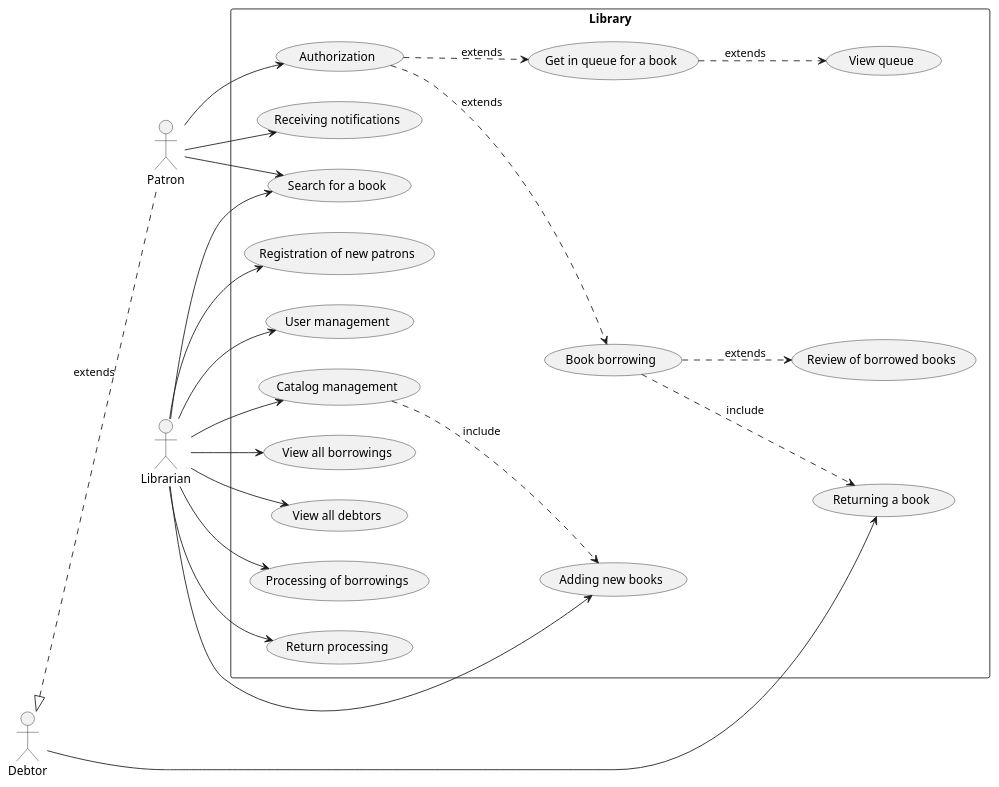
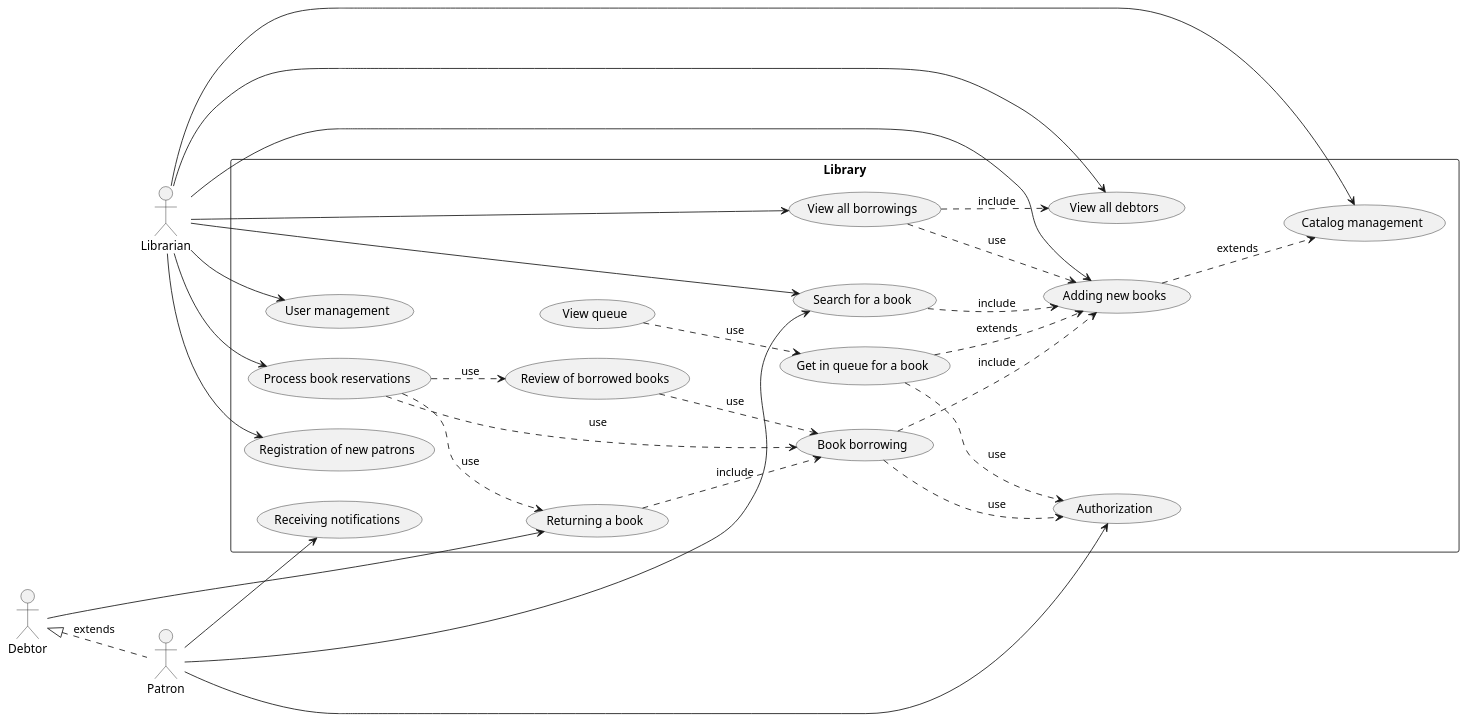
The diagram in cpe/lab2/plantuml.puml (Shizulka/library-database), drawn with PlantUML before and after one commit.

Commit message:
Refactor UML diagram for library system interactions

```diff
--- a/cpe/lab2/plantuml.puml
+++ b/cpe/lab2/plantuml.puml
@@ -1,55 +1,67 @@
 @startuml
 left to right direction
 
 :Patron:
 :Debtor:
 :Librarian:
 
 :Debtor:<|..:Patron:: extends
 
 rectangle Library {
 (Authorization)
 (Returning a book)
 (Book borrowing)
 (Review of borrowed books)
 (Get in queue for a book)
 (View queue)
 (Receiving notifications)
 
 (Search for a book)
 
 (Registration of new patrons)
 (User management)
 (Adding new books)
 (Catalog management)
 (View all borrowings)
 (View all debtors)
-(Processing of borrowings)
-(Return processing)
+(Process book reservations)
 
 :Debtor:-->(Returning a book)
 
 :Patron:-->(Authorization)
 :Patron:-->(Receiving notifications)
 :Patron:-->(Search for a book)
 
 :Librarian:-->(Search for a book)
 :Librarian:-->(Registration of new patrons)
 :Librarian:-->(User management)
 :Librarian:-->(Adding new books)
 :Librarian:-->(Catalog management)
 :Librarian:-->(View all borrowings)
 :Librarian:-->(View all debtors)
-:Librarian:-->(Processing of borrowings)
-:Librarian:-->(Return processing)
+:Librarian:-->(Process book reservations)
 
-(Authorization)..>(Book borrowing) : extends
-(Authorization)..>(Get in queue for a book) : extends
-(Book borrowing)..>(Review of borrowed books) : extends
-(Book borrowing)..>(Returning a book) : include
-(Get in queue for a book)..>(View queue) : extends
 
-(Catalog management)..>(Adding new books) : include
+(Book borrowing)..>(Authorization) :use
+(Get in queue for a book)..>(Authorization): use
+
+(Review of borrowed books)..>(Book borrowing): use
+(Returning a book)..>(Book borrowing): include
+
+
+(Book borrowing)..>(Adding new books): include
+
+(Search for a book)..>(Adding new books): include
+
+(Process book reservations)..>(Book borrowing): use
+(Process book reservations)..>(Review of borrowed books): use
+(Process book reservations)..>(Returning a book): use
+(View queue)..>(Get in queue for a book): use
+(Get in queue for a book)..>(Adding new books): extends
+(View all borrowings)..>(Adding new books): use
+(View all borrowings)..>(View all debtors): include
+(Adding new books)..>(Catalog management): extends
+
 
 }
 @enduml
```
